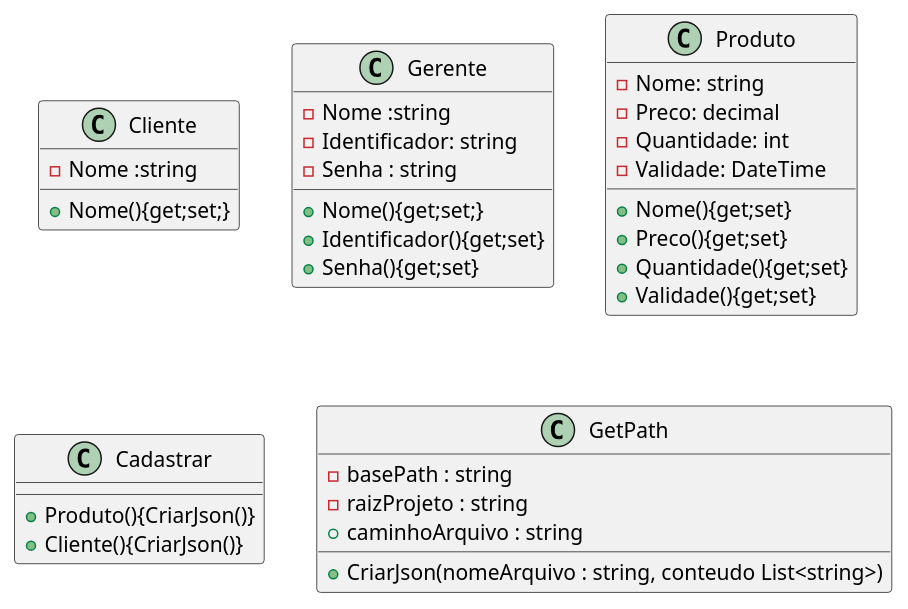
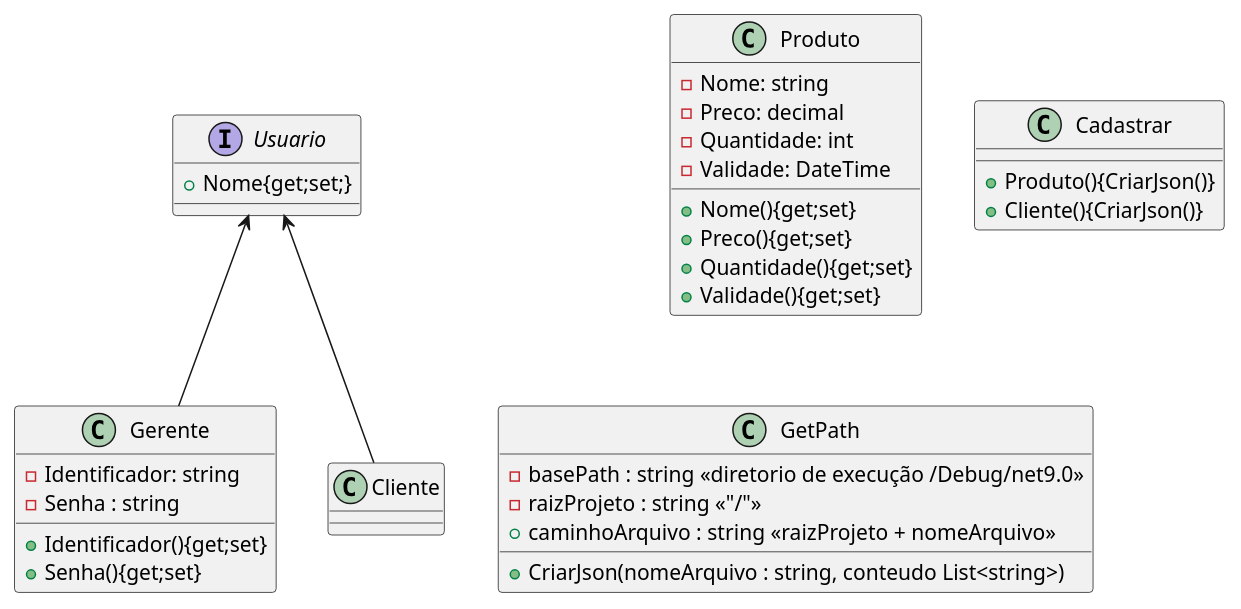
One commit to Bruthalles/thacsharp1 changed the diagram in SuperMercado/documents/models/classes.puml. Above: the diagram before and after it, drawn with PlantUML.

Commit message:
update diagrams

```diff
--- a/SuperMercado/documents/models/classes.puml
+++ b/SuperMercado/documents/models/classes.puml
@@ -1,38 +1,39 @@
 @startuml Classes 
-class Cliente{
-    - Nome :string 
-    + Nome(){get;set;}
+
+interface Usuario{
+    + Nome{get;set;}
 }
 class Gerente{
-    - Nome :string
     - Identificador: string
     - Senha : string
-
-    + Nome(){get;set;}
     + Identificador(){get;set}
     + Senha(){get;set}
 }
+
+Cliente -up-> Usuario
+Gerente -up-> Usuario
+
 class Produto{
     - Nome: string
     - Preco: decimal
     - Quantidade: int
     - Validade: DateTime
 
     + Nome(){get;set}
     + Preco(){get;set}
     + Quantidade(){get;set}
     + Validade(){get;set}
 }
 class Cadastrar{
     + Produto(){CriarJson()}
     + Cliente(){CriarJson()}
 
 }
 
 class GetPath{
-    - basePath : string
-    - raizProjeto : string
-    + caminhoArquivo : string
+    - basePath : string <<diretorio de execução /Debug/net9.0>>
+    - raizProjeto : string <<"/">>
+    + caminhoArquivo : string <<raizProjeto + nomeArquivo>>
    + CriarJson(nomeArquivo : string, conteudo List<string>)
 }
 @enduml
```
